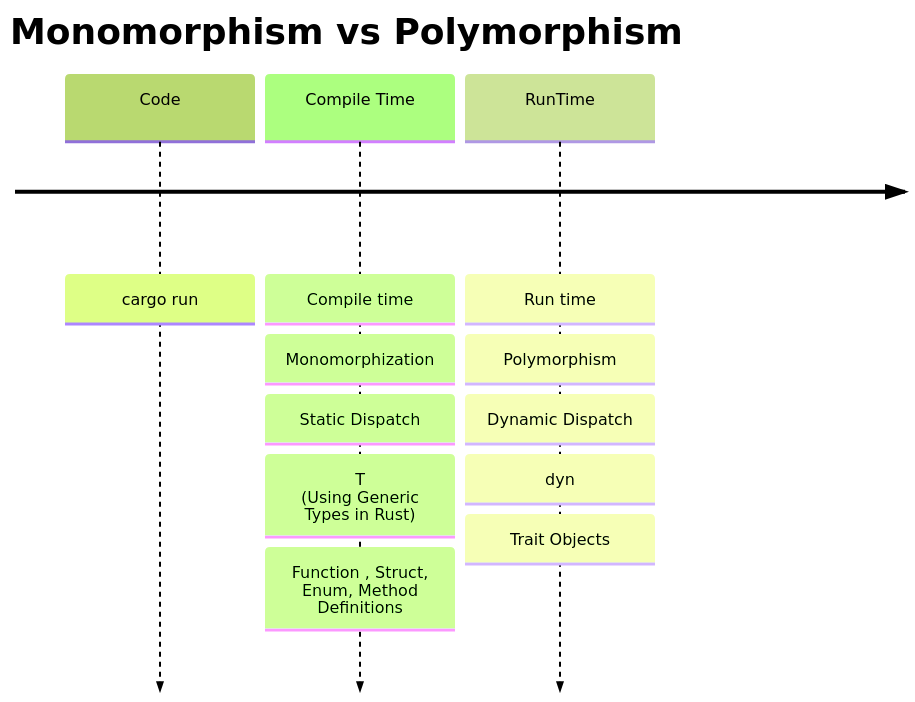
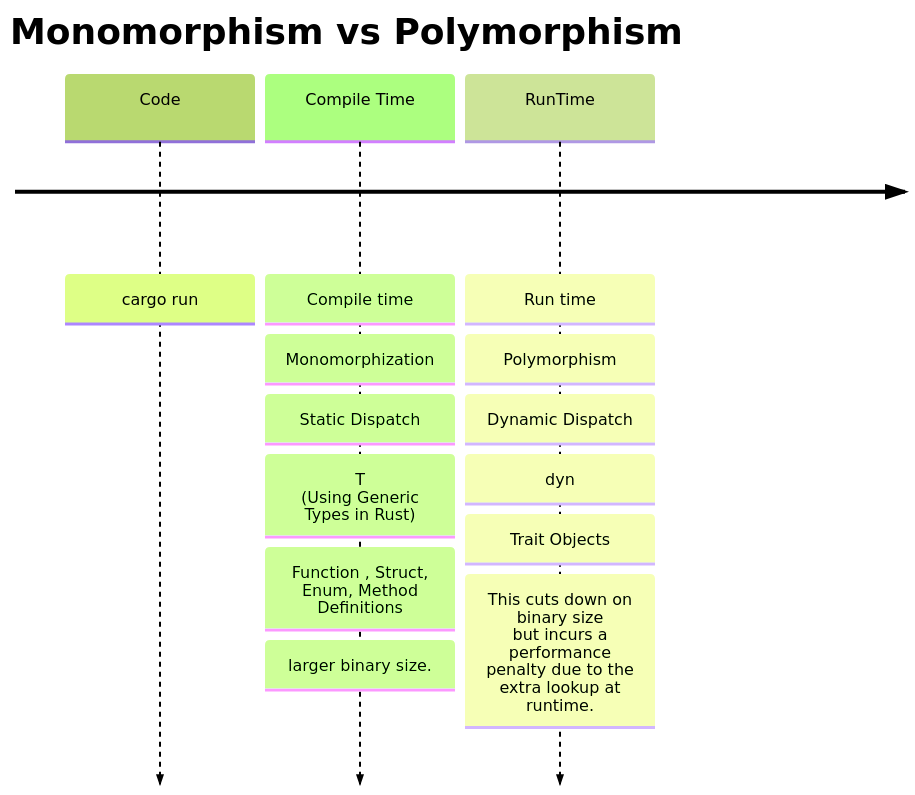
The diagram in 230317_Rust_Monomorphization_vs_Polymorphism/README.md (YoungHaKim7/YouTubeContents_GlobalYoung), drawn with Mermaid (forest theme) before and after one commit.

Commit message:
Rust Polymorphism

````diff
--- a/230317_Rust_Monomorphization_vs_Polymorphism/README.md
+++ b/230317_Rust_Monomorphization_vs_Polymorphism/README.md
@@ -12,17 +12,19 @@
 ```mermaid
 
 timeline
     title Monomorphism vs Polymorphism
     Code : cargo run
     Compile Time : Compile time
          : Monomorphization
          : Static Dispatch
          : T<br>(Using Generic Types in Rust)
          : Function , Struct, Enum, Method Definitions
+         : larger binary size.
     RunTime : Run time
          : Polymorphism
          : Dynamic Dispatch
          : dyn
          : Trait Objects
+         : This cuts down on binary size<br>but incurs a performance penalty due to the extra lookup at runtime.
 
 ```
````
